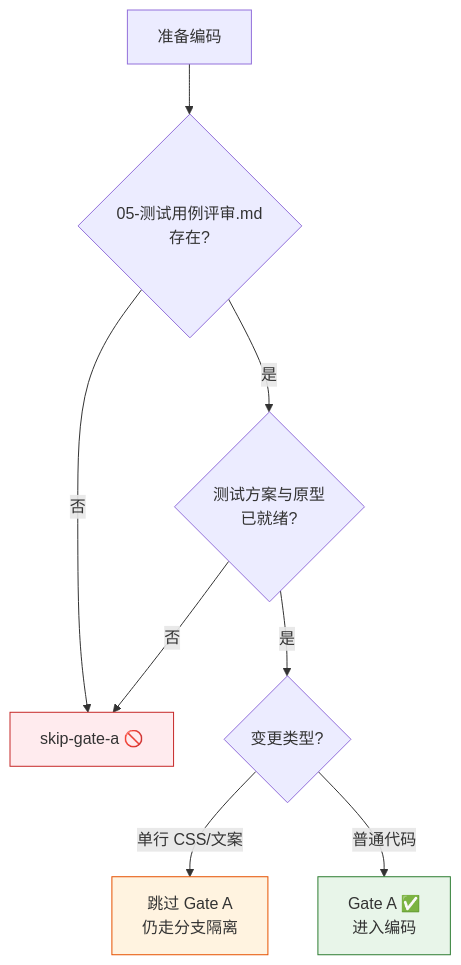
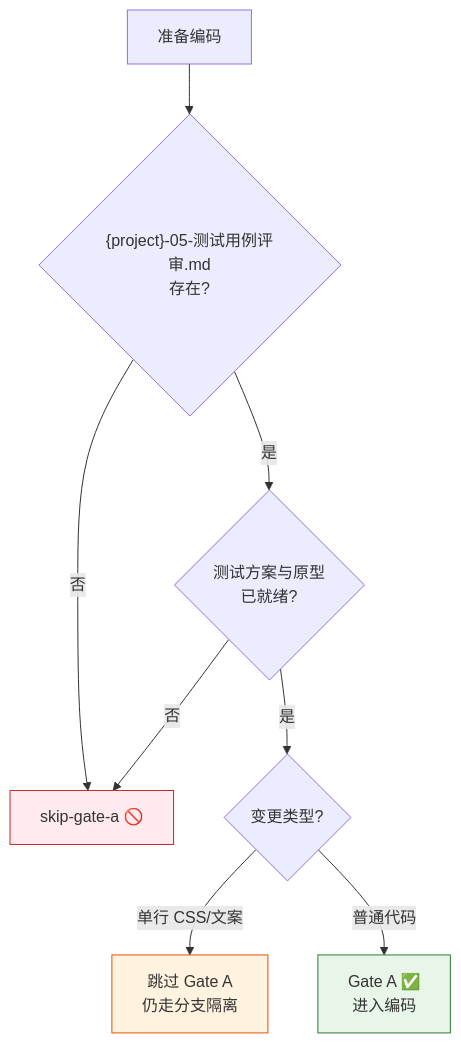
One commit to effiy/YrY changed the third of 9 diagrams in rules/code-pipeline.md. Above: the diagram before and after it, drawn with Mermaid. The commit also changed other lines of this file and 17 other files, not shown here.

````diff
--- a/rules/code-pipeline.md
+++ b/rules/code-pipeline.md
@@ -81,14 +81,14 @@
 ```mermaid
 flowchart TD
-    ENTER["准备编码"] --> Q1{"05-测试用例评审.md<br/>存在?"}
+    ENTER["准备编码"] --> Q1{"{project}-05-测试用例评审.md<br/>存在?"}
     Q1 -->|"否"| BLOCK["skip-gate-a 🚫"]:::block
     Q1 -->|"是"| Q2{"测试方案与原型<br/>已就绪?"}
     Q2 -->|"否"| BLOCK
     Q2 -->|"是"| Q3{"变更类型?"}
     Q3 -->|"单行 CSS/文案"| BYPASS["跳过 Gate A<br/>仍走分支隔离"]:::bypass
     Q3 -->|"普通代码"| PASS["Gate A ✅<br/>进入编码"]:::pass
 
     classDef block fill:#ffebee,stroke:#c62828;
     classDef bypass fill:#fff3e0,stroke:#e65100;
     classDef pass fill:#e8f5e9,stroke:#2e7d32;
 ```
````
